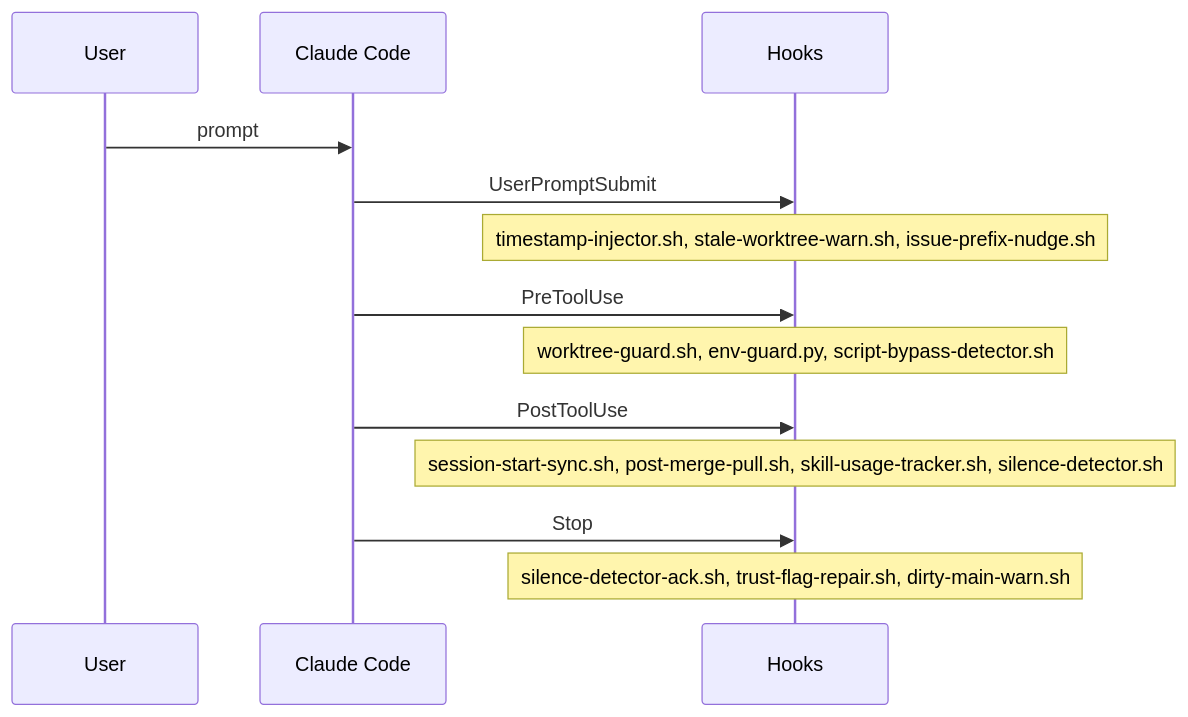
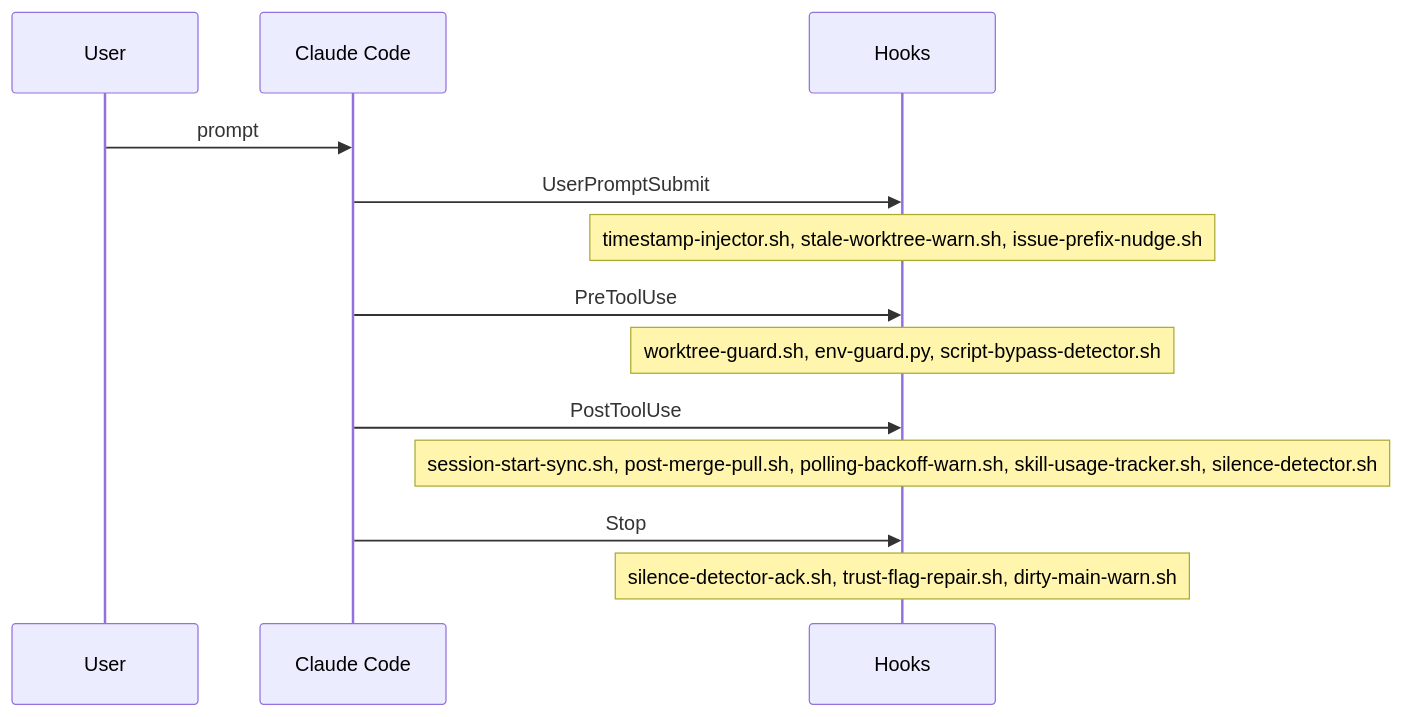
Before and after one commit to auerbachb/claude-code-config: the diagram in .claude/reference/diagrams/hook-lifecycle.md, drawn with Mermaid. The commit also changed 1 other file, not shown here.

Commit message:
fix(docs): address remaining CR findings on diagram stubs
- hook-lifecycle.md: add polling-backoff-warn.sh to PostToolUse Note (it is registered in global-settings.json under the Bash matcher).
- skills-worktree-symlinks.md: remove stray space in the H node label by promoting "symlinks" to its own visual line, matching CR's committable suggestion.

````diff
--- a/.claude/reference/diagrams/hook-lifecycle.md
+++ b/.claude/reference/diagrams/hook-lifecycle.md
@@ -5,15 +5,15 @@
 ```mermaid
 sequenceDiagram
   participant U as User
   participant CC as Claude Code
   participant H as Hooks
   U->>CC: prompt
   CC->>H: UserPromptSubmit
   Note over H: timestamp-injector.sh, stale-worktree-warn.sh, issue-prefix-nudge.sh
   CC->>H: PreToolUse
   Note over H: worktree-guard.sh, env-guard.py, script-bypass-detector.sh
   CC->>H: PostToolUse
-  Note over H: session-start-sync.sh, post-merge-pull.sh, skill-usage-tracker.sh, silence-detector.sh
+  Note over H: session-start-sync.sh, post-merge-pull.sh, polling-backoff-warn.sh, skill-usage-tracker.sh, silence-detector.sh
   CC->>H: Stop
   Note over H: silence-detector-ack.sh, trust-flag-repair.sh, dirty-main-warn.sh
 ```
````
